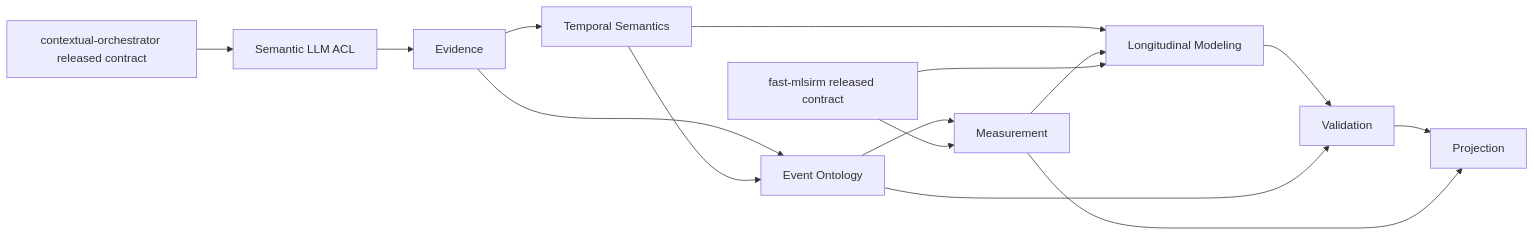
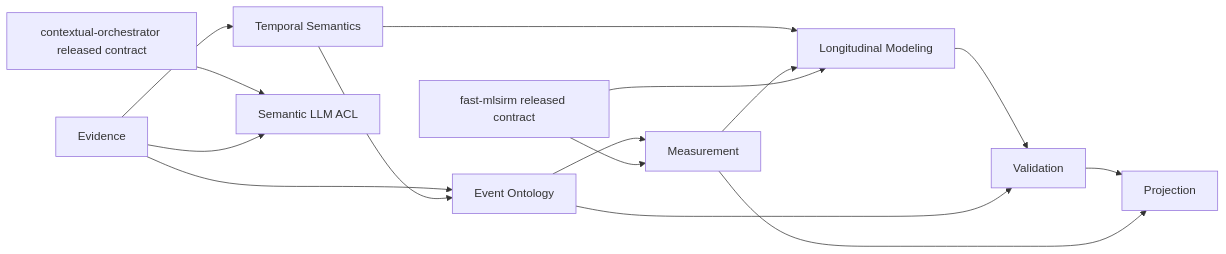
One commit to ContextualWisdomLab/TEPP changed the diagram in ARCHITECTURE.md. Above: the diagram before and after it, drawn with Mermaid. The commit also changed other lines of this file, not shown here.

Commit message:
docs: repair LLM and cutoff architecture authority

````diff
--- a/ARCHITECTURE.md
+++ b/ARCHITECTURE.md
@@ -9,17 +9,17 @@
 ```mermaid
 flowchart LR
     A[Evidence] --> B[Temporal Semantics]
     A --> C[Event Ontology]
     B --> C
     C --> D[Measurement]
     B --> E[Longitudinal Modeling]
     D --> E
     E --> F[Validation]
     C --> F
     F --> G[Projection]
     D --> G
     H[contextual-orchestrator released contract] --> I[Semantic LLM ACL]
-    I --> A
+    A --> I
     J[fast-mlsirm released contract] --> D
     J --> E
 ```
````
